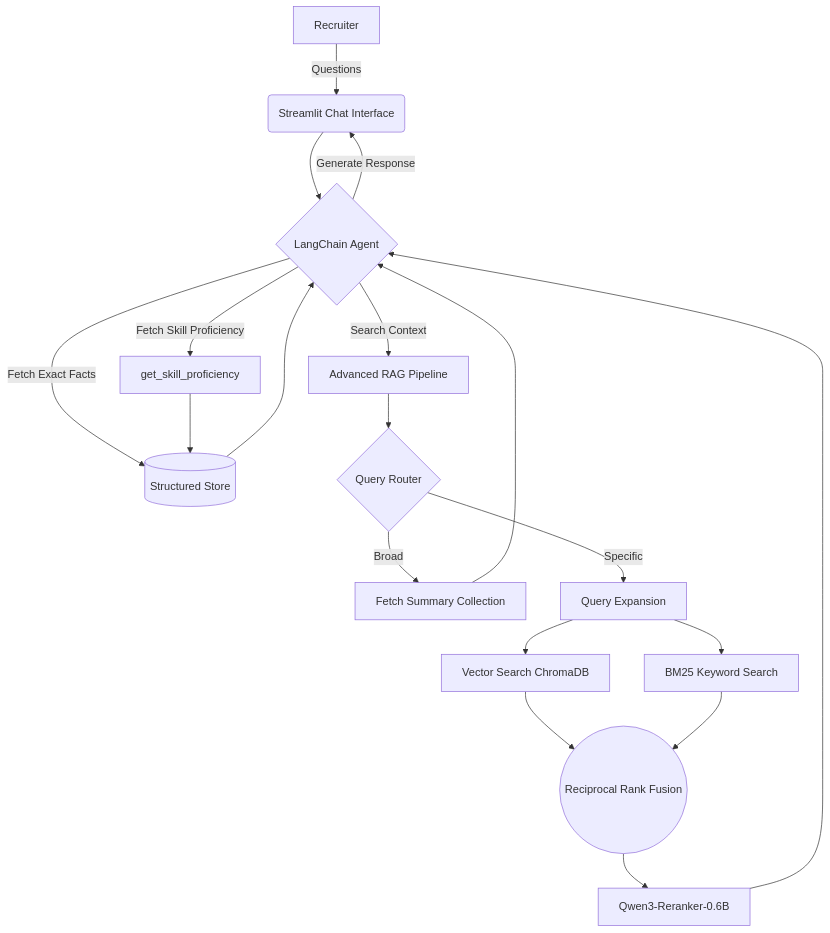
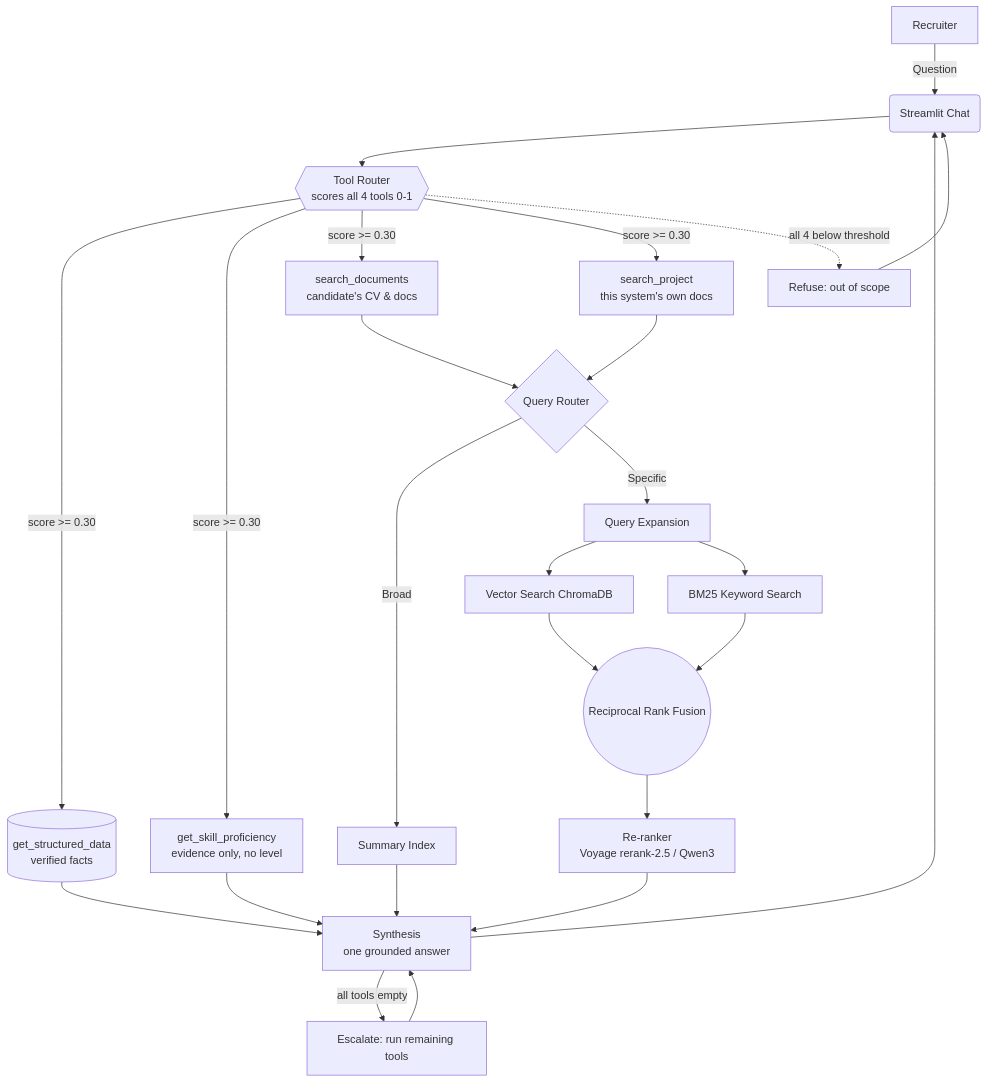
Before and after one commit to meirs10/candidate-ai-agent: the first of 2 diagrams in README.md, drawn with Mermaid. The commit also changed other lines of this file and 17 other files, not shown here.

````diff
--- a/README.md
+++ b/README.md
@@ -121,29 +136,31 @@
 ```mermaid
 graph TD;
-    A[Recruiter] -->|Questions| B(Streamlit Chat Interface);
-    B --> C{LangChain Agent};
-    
-    C -->|Fetch Exact Facts| D[(Structured Store)];
-    C -->|Fetch Skill Proficiency| P[get_skill_proficiency];
-    C -->|Search Context| E[Advanced RAG Pipeline];
-    D --> C;
-    
-    P --> D;
+    A[Recruiter] -->|Question| B(Streamlit Chat);
+    B --> R{{Tool Router<br/>scores all 4 tools 0-1}};
+
+    R -->|score >= 0.30| D[(get_structured_data<br/>verified facts)];
+    R -->|score >= 0.30| P[get_skill_proficiency<br/>evidence only, no level];
+    R -->|score >= 0.30| E[search_documents<br/>candidate's CV & docs];
+    R -->|score >= 0.30| PK[search_project<br/>this system's own docs];
+    R -.->|all 4 below threshold| REF[Refuse: out of scope];
 
     E --> F{Query Router};
-    
-    F -->|Broad| G[Fetch Summary Collection];
-    G --> C;
-    
+    PK --> F;
+
+    F -->|Broad| G[Summary Index];
     F -->|Specific| H[Query Expansion];
     H --> I[Vector Search ChromaDB];
     H --> J[BM25 Keyword Search];
-
     I --> K((Reciprocal Rank Fusion));
     J --> K;
+    K --> L[Re-ranker<br/>Voyage rerank-2.5 / Qwen3];
 
-    K --> L[Qwen3-Reranker-0.6B];
-    L --> C;
-
-    C -->|Generate Response| B;
+    D --> S[Synthesis<br/>one grounded answer];
+    P --> S;
+    G --> S;
+    L --> S;
+    S -->|all tools empty| ESC[Escalate: run remaining tools];
+    ESC --> S;
+    S --> B;
+    REF --> B;
 ```
````
